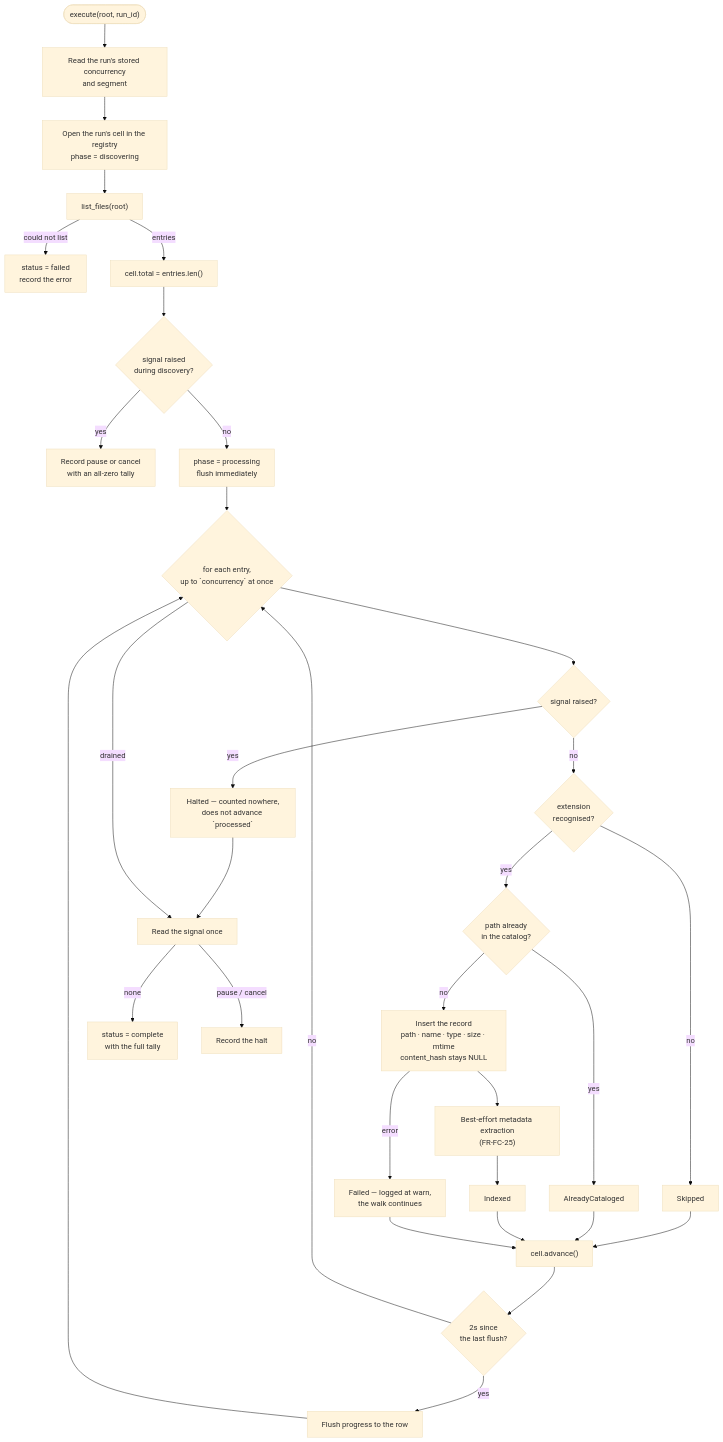
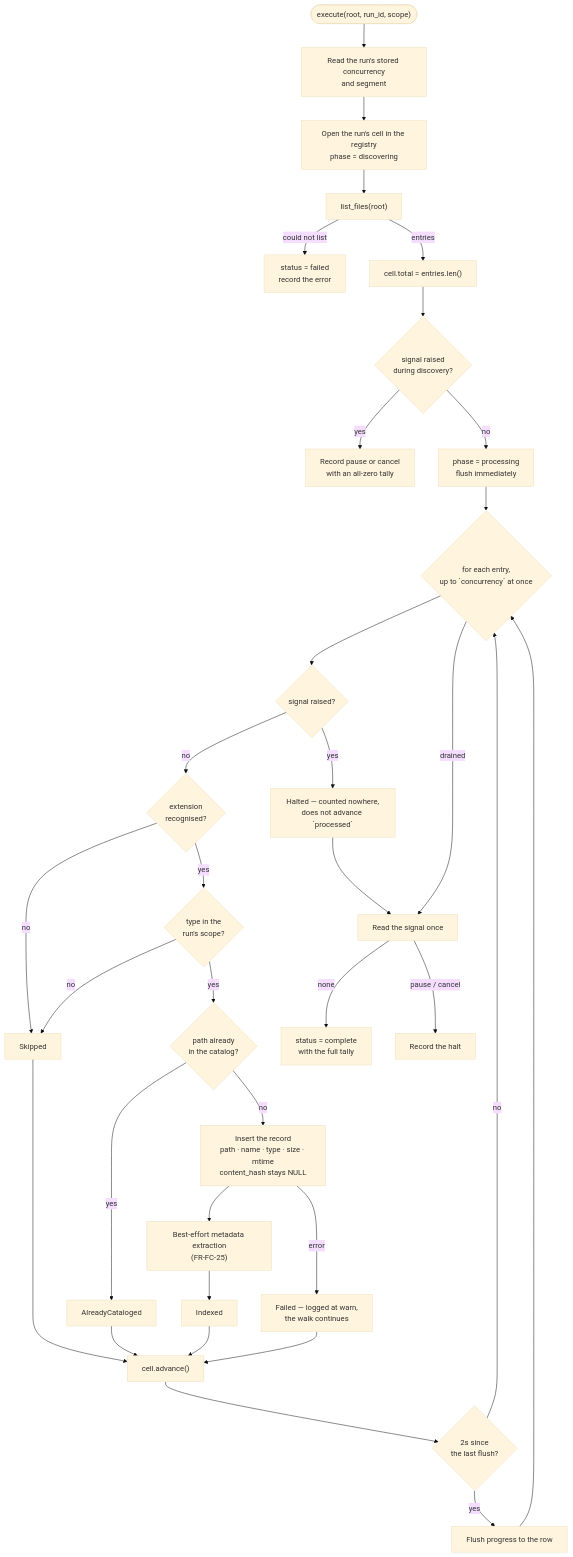
One commit to artur-rios/alexandria-api changed the fifth of 12 diagrams in docs/System Behavior Document.md. Above: the diagram before and after it, drawn with Mermaid (base theme). The commit also changed other lines of this file and 14 other files, not shown here.

````diff
--- a/docs/System Behavior Document.md
+++ b/docs/System Behavior Document.md
@@ -351,37 +351,39 @@
 ```mermaid
 flowchart TD
-    START(["execute(root, run_id)"]) --> READ["Read the run's stored concurrency<br/>and segment"]
+    START(["execute(root, run_id, scope)"]) --> READ["Read the run's stored concurrency<br/>and segment"]
     READ --> OPEN["Open the run's cell in the registry<br/>phase = discovering"]
     OPEN --> LIST["list_files(root)"]
     LIST -->|"could not list"| FAIL["status = failed<br/>record the error"]
     LIST -->|"entries"| TOTAL["cell.total = entries.len()"]
     TOTAL --> SIG1{"signal raised<br/>during discovery?"}
     SIG1 -->|"yes"| HALT1["Record pause or cancel<br/>with an all-zero tally"]
     SIG1 -->|"no"| PROC["phase = processing<br/>flush immediately"]
 
     PROC --> LOOP{"for each entry,<br/>up to `concurrency` at once"}
     LOOP --> SIG2{"signal raised?"}
     SIG2 -->|"yes"| DRAIN["Halted — counted nowhere,<br/>does not advance `processed`"]
     SIG2 -->|"no"| CLASS{"extension<br/>recognised?"}
     CLASS -->|"no"| SKIP["Skipped"]
-    CLASS -->|"yes"| SEEN{"path already<br/>in the catalog?"}
+    CLASS -->|"yes"| SCOPE{"type in the<br/>run's scope?"}
+    SCOPE -->|"no"| SKIP
+    SCOPE -->|"yes"| SEEN{"path already<br/>in the catalog?"}
     SEEN -->|"yes"| ALREADY["AlreadyCataloged"]
     SEEN -->|"no"| INS["Insert the record<br/>path · name · type · size · mtime<br/>content_hash stays NULL"]
     INS --> META["Best-effort metadata extraction<br/>(FR-FC-25)"]
     META --> IDX["Indexed"]
     INS -->|"error"| BAD["Failed — logged at warn,<br/>the walk continues"]
 
     SKIP --> ADV["cell.advance()"]
     ALREADY --> ADV
     IDX --> ADV
     BAD --> ADV
     ADV --> FLUSH{"2s since<br/>the last flush?"}
     FLUSH -->|"yes"| WRITE["Flush progress to the row"]
     FLUSH -->|"no"| LOOP
     WRITE --> LOOP
 
     DRAIN --> END
     LOOP -->|"drained"| END["Read the signal once"]
     END -->|"none"| DONE["status = complete<br/>with the full tally"]
     END -->|"pause / cancel"| HALT2["Record the halt"]
 ```
````
